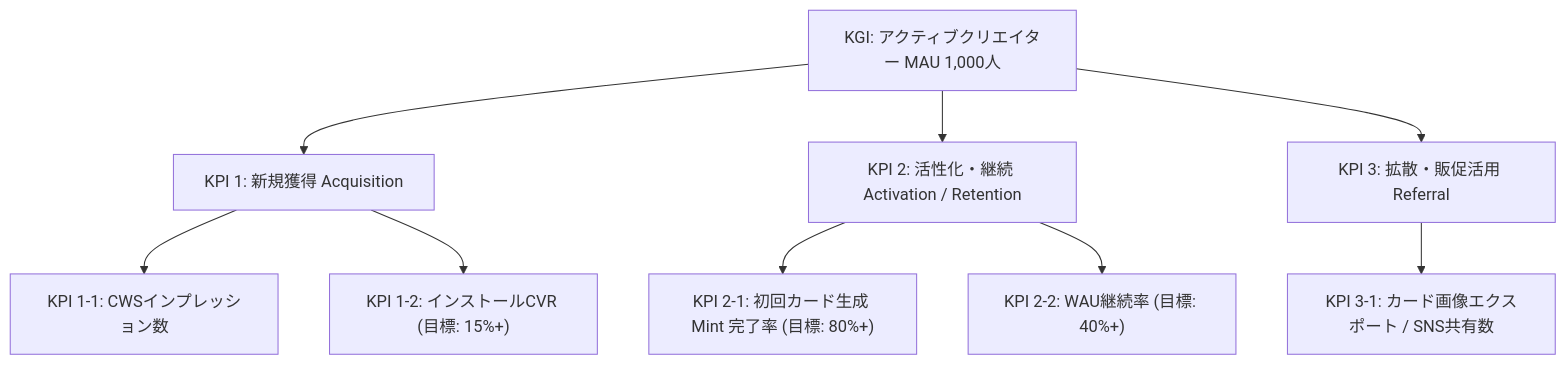
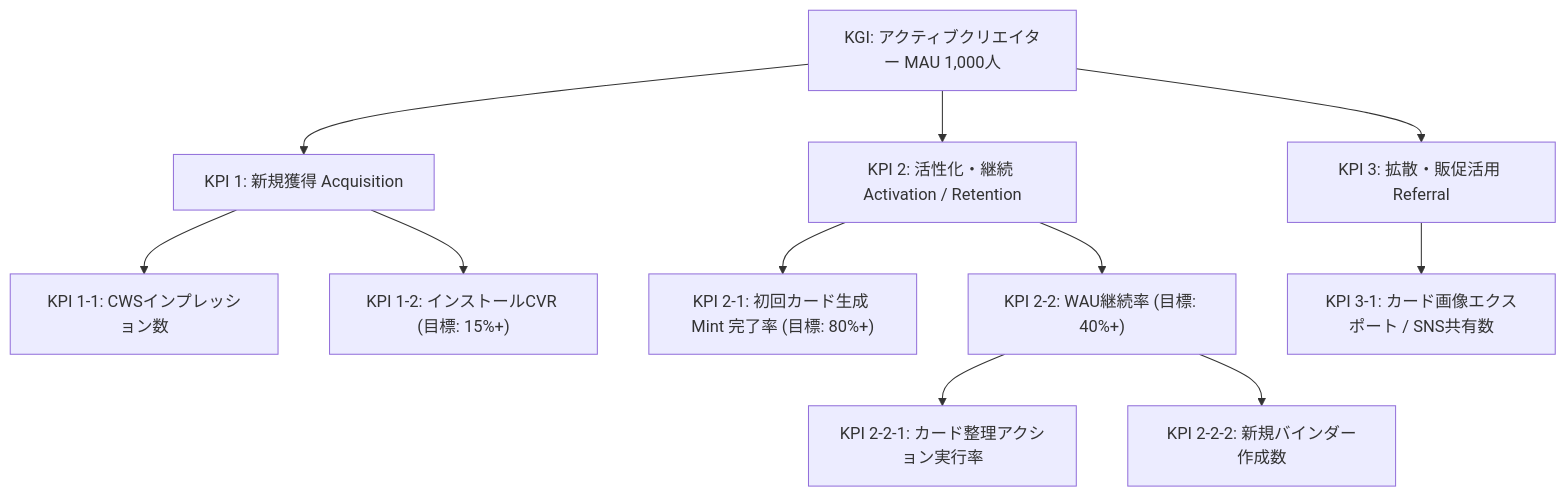
The diagram in memory-bank/marketingStrategy.md (tmaeda11235/style-atelier), drawn with Mermaid before and after one commit. The commit also changed other lines of this file, not shown here.

````diff
--- a/memory-bank/marketingStrategy.md
+++ b/memory-bank/marketingStrategy.md
@@ -80,14 +82,16 @@
 ```mermaid
 graph TD
     KGI[KGI: アクティブクリエイター MAU 1,000人] --> KPI1[KPI 1: 新規獲得 Acquisition]
     KGI --> KPI2[KPI 2: 活性化・継続 Activation / Retention]
     KGI --> KPI3[KPI 3: 拡散・販促活用 Referral]
 
     KPI1 --> KPI1_1["KPI 1-1: CWSインプレッション数"]
     KPI1 --> KPI1_2["KPI 1-2: インストールCVR (目標: 15%+)"]
 
     KPI2 --> KPI2_1["KPI 2-1: 初回カード生成 Mint 完了率 (目標: 80%+)"]
     KPI2 --> KPI2_2["KPI 2-2: WAU継続率 (目標: 40%+)"]
+    KPI2_2 --> KPI2_2_1["KPI 2-2-1: カード整理アクション実行率"]
+    KPI2_2 --> KPI2_2_2["KPI 2-2-2: 新規バインダー作成数"]
 
     KPI3 --> KPI3_1["KPI 3-1: カード画像エクスポート / SNS共有数"]
 ```
````
